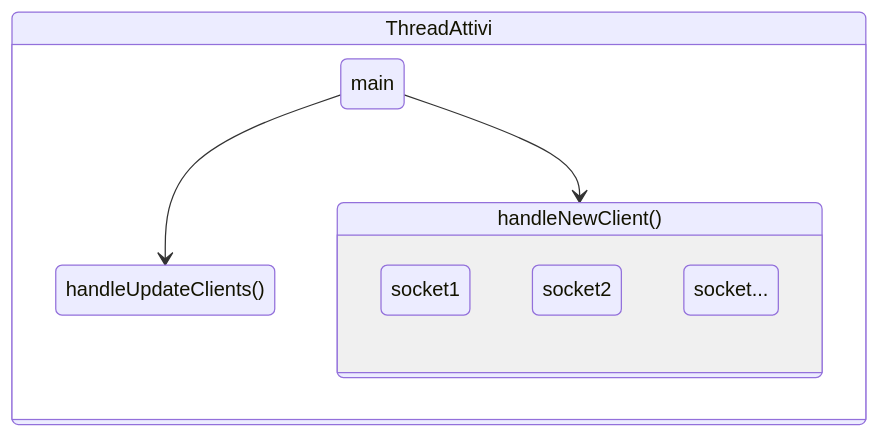
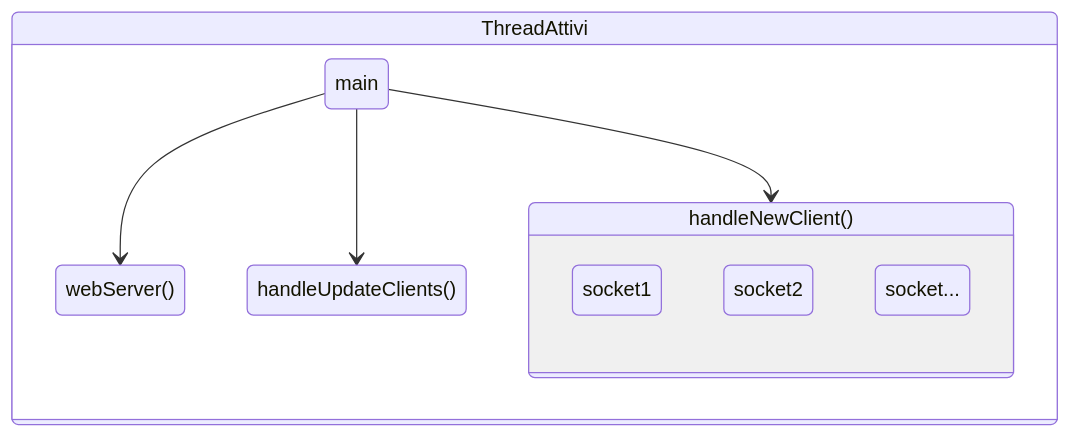
The first of 3 diagrams in README.md (Luca-Ilari/Progetto-Reti-di-calcolatori), drawn with Mermaid before and after one commit.

````diff
--- a/README.md
+++ b/README.md
@@ -33,13 +33,14 @@
 ```mermaid
 stateDiagram-v2
     ThreadAttivi
     state ThreadAttivi{
+        main --> webServer()
         main --> handleUpdateClients()
         main --> handleNewClient()
         state handleNewClient(){
             socket1
             socket2
             socket...
         }
     }
 ```
````
